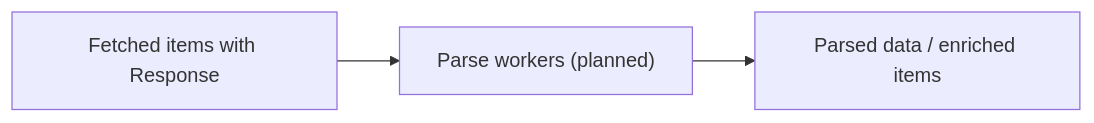
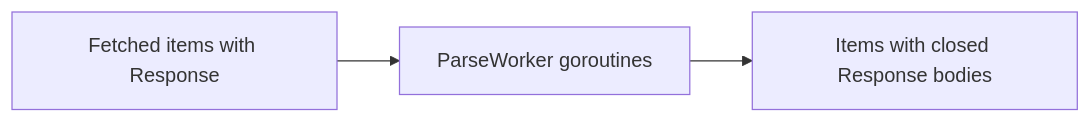
Before and after one commit to bijay-develops/Concurrent-Web-Crawler-with-Pluggable-Pipelines: the diagram in docs/internal/pipeline/parse.go.md, drawn with Mermaid. The commit also changed other lines of this file and 5 other files, not shown here.

Commit message:
feat: update documentation for parse, filter, and limiter stages; implement ParseWorker logic

````diff
--- a/docs/internal/pipeline/parse.go.md
+++ b/docs/internal/pipeline/parse.go.md
@@ -35,5 +38,5 @@
 ```mermaid
 flowchart LR
-  A["Fetched items with Response"] --> B["Parse workers (planned)"]
-  B --> C["Parsed data / enriched items"]
+  A["Fetched items with Response"] --> B["ParseWorker goroutines"]
+  B --> C["Items with closed Response bodies"]
 ```
````
